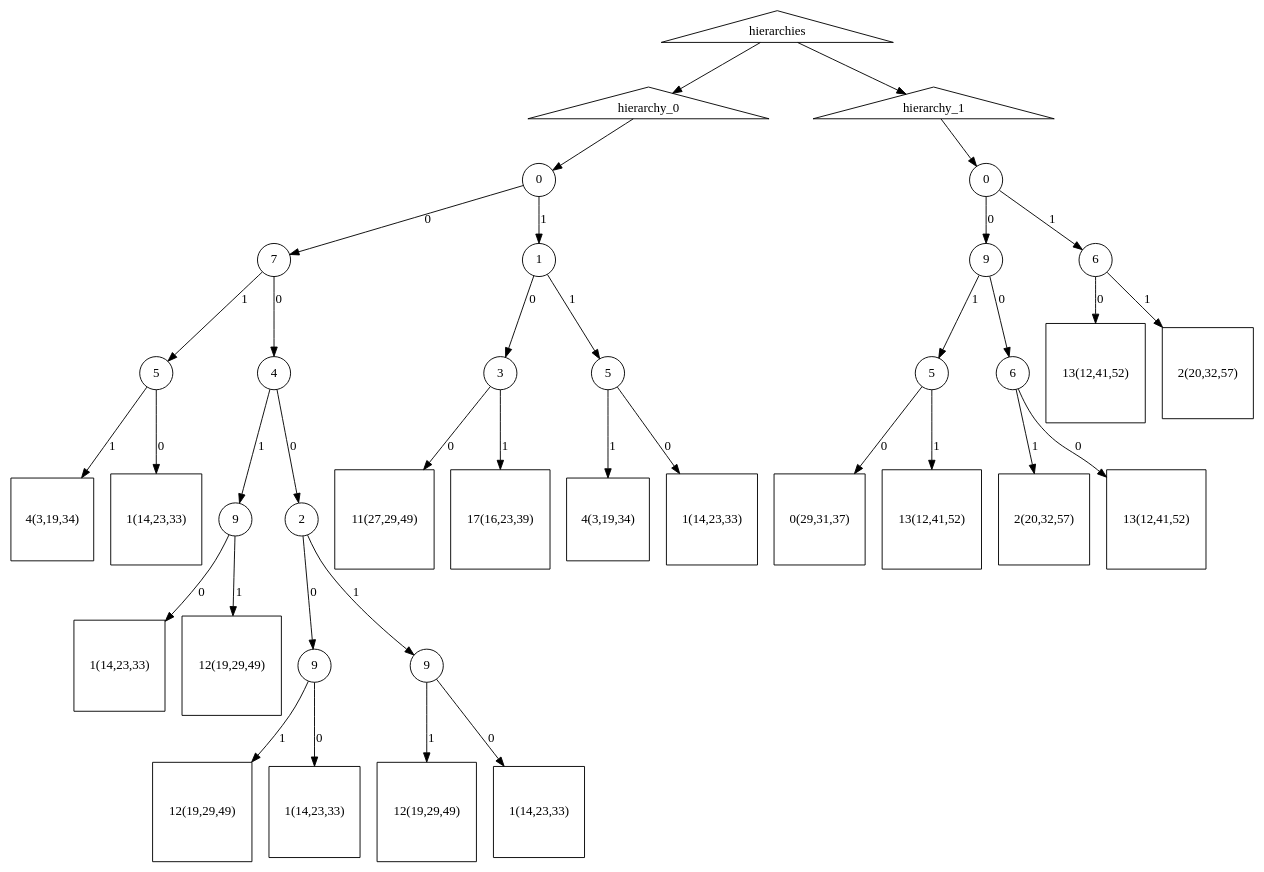
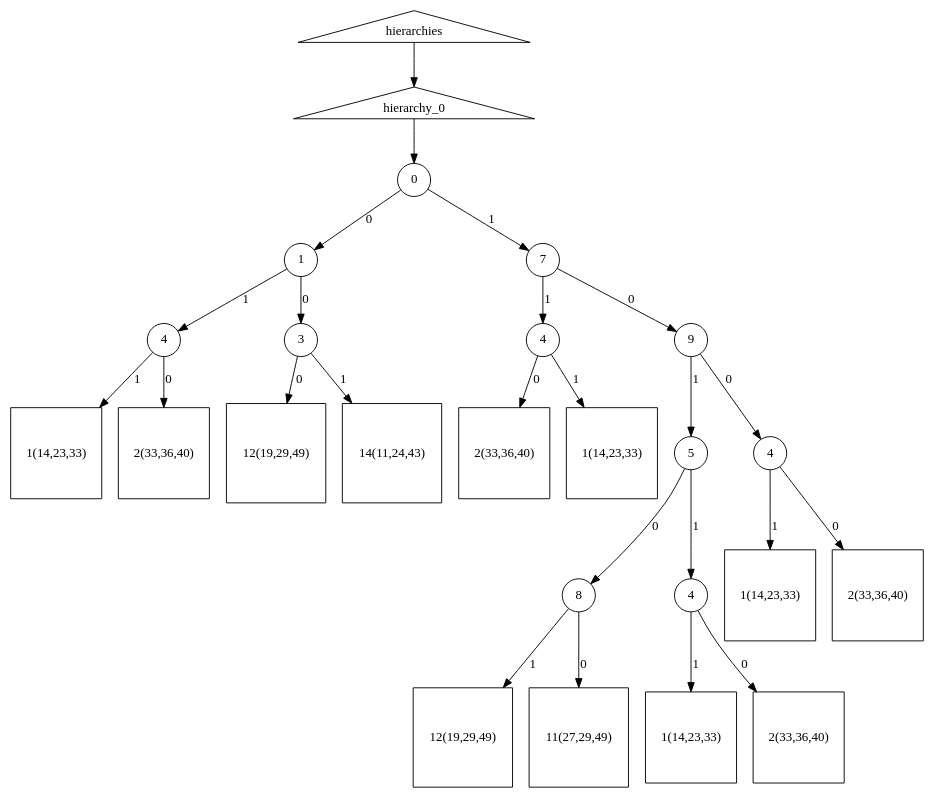
Before and after one commit to morphognosis/Mandala: the diagram in work/mandala_causations.dot, drawn with Graphviz. The commit also changed 19 other files, not shown here.

```diff
--- a/work/mandala_causations.dot
+++ b/work/mandala_causations.dot
@@ -1,75 +1,51 @@
 digraph causations {
 hierarchies [label="hierarchies", shape=triangle];
-h0_nt0_1_1_0_3 [label="3", shape=circle];
-h0_t0_0_7_0_4_0_2_0_9_1_12 [label="12(19,29,49)", shape=square];
-h0_t0_0_7_0_4_0_2_1_9_1_12 [label="12(19,29,49)", shape=square];
-h0_nt0_0_7_1_5 [label="5", shape=circle];
-h0_t0_0_7_0_4_1_9_0_1 [label="1(14,23,33)", shape=square];
-h0_nt0_1_1_1_5 [label="5", shape=circle];
-h0_nt0_0_7_0_4_0_2_0_9 [label="9", shape=circle];
-h0_nt0_0_7_0_4_1_9 [label="9", shape=circle];
+h0_nt0_0_1 [label="1", shape=circle];
+h0_t0_1_7_0_9_0_4_1_1 [label="1(14,23,33)", shape=square];
+h0_nt0_1_7_0_9_1_5_0_8 [label="8", shape=circle];
+h0_nt0_1_7_1_4 [label="4", shape=circle];
+h0_t0_0_1_0_3_0_12 [label="12(19,29,49)", shape=square];
+h0_t0_1_7_0_9_0_4_0_2 [label="2(33,36,40)", shape=square];
 h0_nt0 [label="0", shape=circle];
-h0_nt0_0_7 [label="7", shape=circle];
-h0_t0_0_7_0_4_0_2_0_9_0_1 [label="1(14,23,33)", shape=square];
-h0_t0_1_1_1_5_1_4 [label="4(3,19,34)", shape=square];
+h0_nt0_1_7_0_9_1_5 [label="5", shape=circle];
+h0_t0_0_1_1_4_1_1 [label="1(14,23,33)", shape=square];
+h0_t0_1_7_0_9_1_5_0_8_1_12 [label="12(19,29,49)", shape=square];
+h0_t0_1_7_1_4_0_2 [label="2(33,36,40)", shape=square];
 h0 [label="hierarchy_0", shape=triangle];
-h0_t0_0_7_0_4_0_2_1_9_0_1 [label="1(14,23,33)", shape=square];
-h0_t0_0_7_0_4_1_9_1_12 [label="12(19,29,49)", shape=square];
-h0_t0_1_1_0_3_0_11 [label="11(27,29,49)", shape=square];
-h0_nt0_1_1 [label="1", shape=circle];
-h0_nt0_0_7_0_4_0_2_1_9 [label="9", shape=circle];
-h0_t0_0_7_1_5_1_4 [label="4(3,19,34)", shape=square];
-h0_nt0_0_7_0_4 [label="4", shape=circle];
-h0_nt0_0_7_0_4_0_2 [label="2", shape=circle];
-h0_t0_0_7_1_5_0_1 [label="1(14,23,33)", shape=square];
-h0_t0_1_1_0_3_1_17 [label="17(16,23,39)", shape=square];
-h0_t0_1_1_1_5_0_1 [label="1(14,23,33)", shape=square];
-h0_nt0_0_7_0_4_0_2 -> h0_nt0_0_7_0_4_0_2_1_9 [label="1"];
-h0_nt0_0_7_0_4_1_9 -> h0_t0_0_7_0_4_1_9_1_12 [label="1"];
-h0_nt0_0_7_0_4 -> h0_nt0_0_7_0_4_0_2 [label="0"];
-h0_nt0_1_1 -> h0_nt0_1_1_0_3 [label="0"];
-h0_nt0_0_7_1_5 -> h0_t0_0_7_1_5_1_4 [label="1"];
-h0_nt0_1_1_1_5 -> h0_t0_1_1_1_5_0_1 [label="0"];
-h0_nt0_0_7_0_4_0_2_1_9 -> h0_t0_0_7_0_4_0_2_1_9_0_1 [label="0"];
-h0_nt0 -> h0_nt0_0_7 [label="0"];
-h0_nt0_1_1_0_3 -> h0_t0_1_1_0_3_1_17 [label="1"];
-h0_nt0_0_7_0_4_0_2_1_9 -> h0_t0_0_7_0_4_0_2_1_9_1_12 [label="1"];
-h0_nt0 -> h0_nt0_1_1 [label="1"];
+h0_t0_0_1_0_3_1_14 [label="14(11,24,43)", shape=square];
+h0_nt0_0_1_1_4 [label="4", shape=circle];
+h0_t0_0_1_1_4_0_2 [label="2(33,36,40)", shape=square];
+h0_t0_1_7_0_9_1_5_1_4_1_1 [label="1(14,23,33)", shape=square];
+h0_t0_1_7_0_9_1_5_1_4_0_2 [label="2(33,36,40)", shape=square];
+h0_nt0_1_7_0_9_0_4 [label="4", shape=circle];
+h0_t0_1_7_0_9_1_5_0_8_0_11 [label="11(27,29,49)", shape=square];
+h0_nt0_1_7_0_9_1_5_1_4 [label="4", shape=circle];
+h0_nt0_1_7 [label="7", shape=circle];
+h0_nt0_0_1_0_3 [label="3", shape=circle];
+h0_nt0_1_7_0_9 [label="9", shape=circle];
+h0_t0_1_7_1_4_1_1 [label="1(14,23,33)", shape=square];
+h0_nt0_1_7_1_4 -> h0_t0_1_7_1_4_0_2 [label="0"];
+h0_nt0_0_1_0_3 -> h0_t0_0_1_0_3_0_12 [label="0"];
+h0_nt0_0_1 -> h0_nt0_0_1_0_3 [label="0"];
+h0_nt0_1_7_0_9_1_5_0_8 -> h0_t0_1_7_0_9_1_5_0_8_0_11 [label="0"];
+h0_nt0 -> h0_nt0_1_7 [label="1"];
+h0_nt0_1_7_0_9 -> h0_nt0_1_7_0_9_0_4 [label="0"];
+h0_nt0_1_7_0_9_1_5 -> h0_nt0_1_7_0_9_1_5_1_4 [label="1"];
+h0_nt0_1_7_0_9_1_5_1_4 -> h0_t0_1_7_0_9_1_5_1_4_0_2 [label="0"];
+h0_nt0_1_7_0_9_1_5_0_8 -> h0_t0_1_7_0_9_1_5_0_8_1_12 [label="1"];
+h0_nt0_1_7_0_9_1_5_1_4 -> h0_t0_1_7_0_9_1_5_1_4_1_1 [label="1"];
 h0 -> h0_nt0
+h0_nt0_1_7_0_9_0_4 -> h0_t0_1_7_0_9_0_4_0_2 [label="0"];
 hierarchies -> h0
-h0_nt0_0_7_0_4_0_2_0_9 -> h0_t0_0_7_0_4_0_2_0_9_0_1 [label="0"];
-h0_nt0_1_1 -> h0_nt0_1_1_1_5 [label="1"];
-h0_nt0_0_7_0_4_1_9 -> h0_t0_0_7_0_4_1_9_0_1 [label="0"];
-h0_nt0_0_7 -> h0_nt0_0_7_0_4 [label="0"];
-h0_nt0_1_1_0_3 -> h0_t0_1_1_0_3_0_11 [label="0"];
-h0_nt0_0_7_0_4 -> h0_nt0_0_7_0_4_1_9 [label="1"];
-h0_nt0_0_7 -> h0_nt0_0_7_1_5 [label="1"];
-h0_nt0_1_1_1_5 -> h0_t0_1_1_1_5_1_4 [label="1"];
-h0_nt0_0_7_0_4_0_2 -> h0_nt0_0_7_0_4_0_2_0_9 [label="0"];
-h0_nt0_0_7_0_4_0_2_0_9 -> h0_t0_0_7_0_4_0_2_0_9_1_12 [label="1"];
-h0_nt0_0_7_1_5 -> h0_t0_0_7_1_5_0_1 [label="0"];
-h1_nt0_0_9_1_5 [label="5", shape=circle];
-h1_t0_0_9_0_6_1_2 [label="2(20,32,57)", shape=square];
-h1_nt0 [label="0", shape=circle];
-h1_t0_0_9_0_6_0_13 [label="13(12,41,52)", shape=square];
-h1_t0_1_6_0_13 [label="13(12,41,52)", shape=square];
-h1_nt0_0_9_0_6 [label="6", shape=circle];
-h1_t0_0_9_1_5_0_0 [label="0(29,31,37)", shape=square];
-h1_t0_0_9_1_5_1_13 [label="13(12,41,52)", shape=square];
-h1_t0_1_6_1_2 [label="2(20,32,57)", shape=square];
-h1_nt0_0_9 [label="9", shape=circle];
-h1_nt0_1_6 [label="6", shape=circle];
-h1 [label="hierarchy_1", shape=triangle];
-h1_nt0_0_9_1_5 -> h1_t0_0_9_1_5_0_0 [label="0"];
-h1_nt0 -> h1_nt0_0_9 [label="0"];
-hierarchies -> h1
-h1 -> h1_nt0
-h1_nt0_0_9_0_6 -> h1_t0_0_9_0_6_0_13 [label="0"];
-h1_nt0_0_9_0_6 -> h1_t0_0_9_0_6_1_2 [label="1"];
-h1_nt0_0_9_1_5 -> h1_t0_0_9_1_5_1_13 [label="1"];
-h1_nt0_0_9 -> h1_nt0_0_9_0_6 [label="0"];
-h1_nt0_0_9 -> h1_nt0_0_9_1_5 [label="1"];
-h1_nt0 -> h1_nt0_1_6 [label="1"];
-h1_nt0_1_6 -> h1_t0_1_6_0_13 [label="0"];
-h1_nt0_1_6 -> h1_t0_1_6_1_2 [label="1"];
+h0_nt0_1_7 -> h0_nt0_1_7_0_9 [label="0"];
+h0_nt0_1_7_1_4 -> h0_t0_1_7_1_4_1_1 [label="1"];
+h0_nt0_0_1_1_4 -> h0_t0_0_1_1_4_0_2 [label="0"];
+h0_nt0_1_7_0_9_1_5 -> h0_nt0_1_7_0_9_1_5_0_8 [label="0"];
+h0_nt0_1_7 -> h0_nt0_1_7_1_4 [label="1"];
+h0_nt0_0_1 -> h0_nt0_0_1_1_4 [label="1"];
+h0_nt0_1_7_0_9_0_4 -> h0_t0_1_7_0_9_0_4_1_1 [label="1"];
+h0_nt0_0_1_0_3 -> h0_t0_0_1_0_3_1_14 [label="1"];
+h0_nt0_0_1_1_4 -> h0_t0_0_1_1_4_1_1 [label="1"];
+h0_nt0_1_7_0_9 -> h0_nt0_1_7_0_9_1_5 [label="1"];
+h0_nt0 -> h0_nt0_0_1 [label="0"];
 }
```
